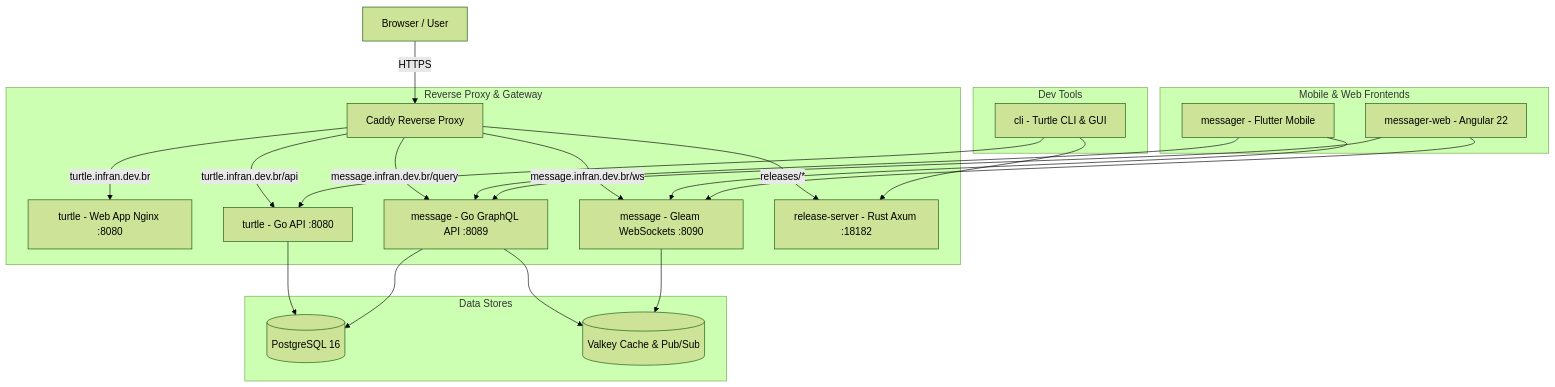
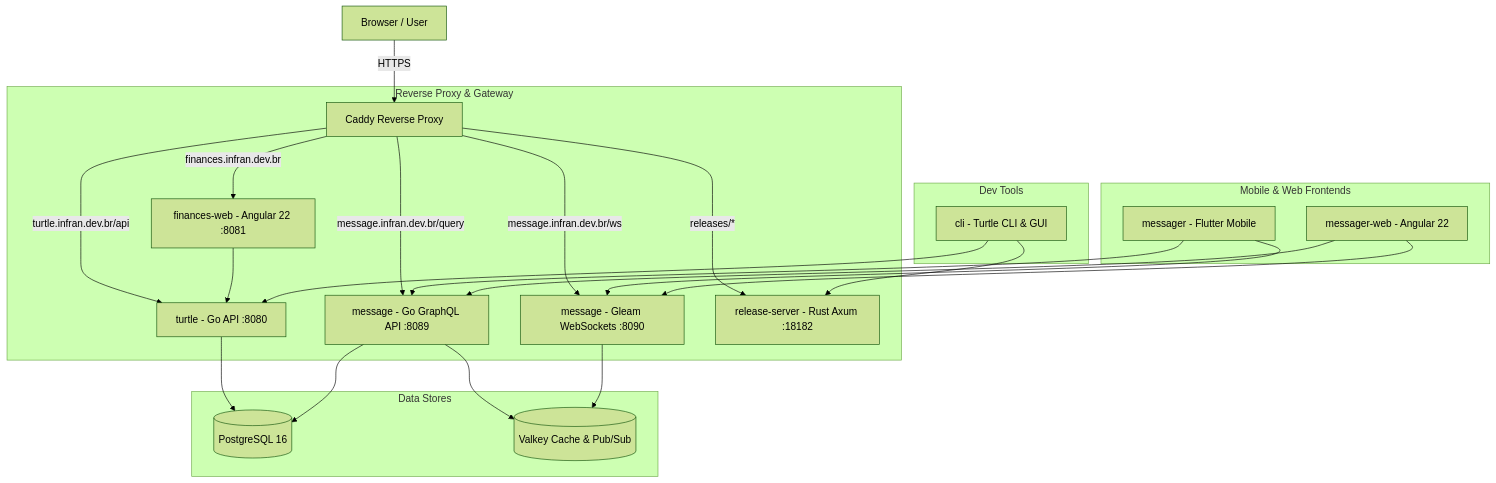
The diagram in ARCHITECTURE.md (Infran/turtle-docs), drawn with Mermaid (forest theme) before and after one commit. The commit also changed other lines of this file, not shown here.

Commit message:
docs: update architecture for Angular finances-web app & standalone turtle-i18n

````diff
--- a/ARCHITECTURE.md
+++ b/ARCHITECTURE.md
@@ -5,31 +5,32 @@
 ```mermaid
 graph TD
     Client[Browser / User] --> |HTTPS| Caddy[Caddy Reverse Proxy]
     
     subgraph Reverse Proxy & Gateway
-        Caddy -->|turtle.infran.dev.br| WebApp[turtle - Web App Nginx :8080]
+        Caddy -->|finances.infran.dev.br| FinancesWeb[finances-web - Angular 22 :8081]
         Caddy -->|turtle.infran.dev.br/api| CoreGo[turtle - Go API :8080]
         Caddy -->|message.infran.dev.br/query| MsgGo[message - Go GraphQL API :8089]
         Caddy -->|message.infran.dev.br/ws| MsgGleam[message - Gleam WebSockets :8090]
         Caddy -->|releases/*| RelServer[release-server - Rust Axum :18182]
     end
 
     subgraph Data Stores
         CoreGo --> PostgreSQL[(PostgreSQL 16)]
         MsgGo --> PostgreSQL
         MsgGo --> Valkey[(Valkey Cache & Pub/Sub)]
         MsgGleam --> Valkey
     end
 
     subgraph Mobile & Web Frontends
+        FinancesWeb --> CoreGo
         MessagerMobile[messager - Flutter Mobile] --> MsgGo
         MessagerMobile --> MsgGleam
         MessagerWeb[messager-web - Angular 22] --> MsgGo
         MessagerWeb --> MsgGleam
     end
 
     subgraph Dev Tools
         CLI[cli - Turtle CLI & GUI] --> RelServer
         CLI --> CoreGo
     end
 ```
````
